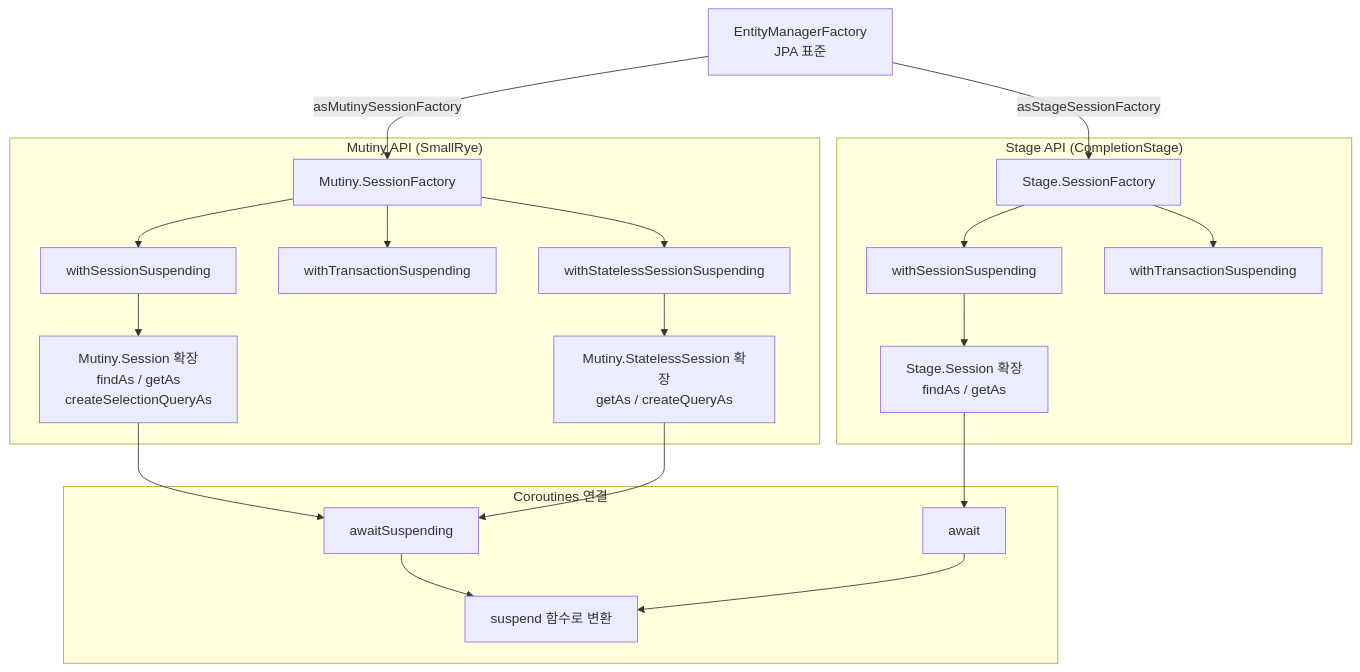
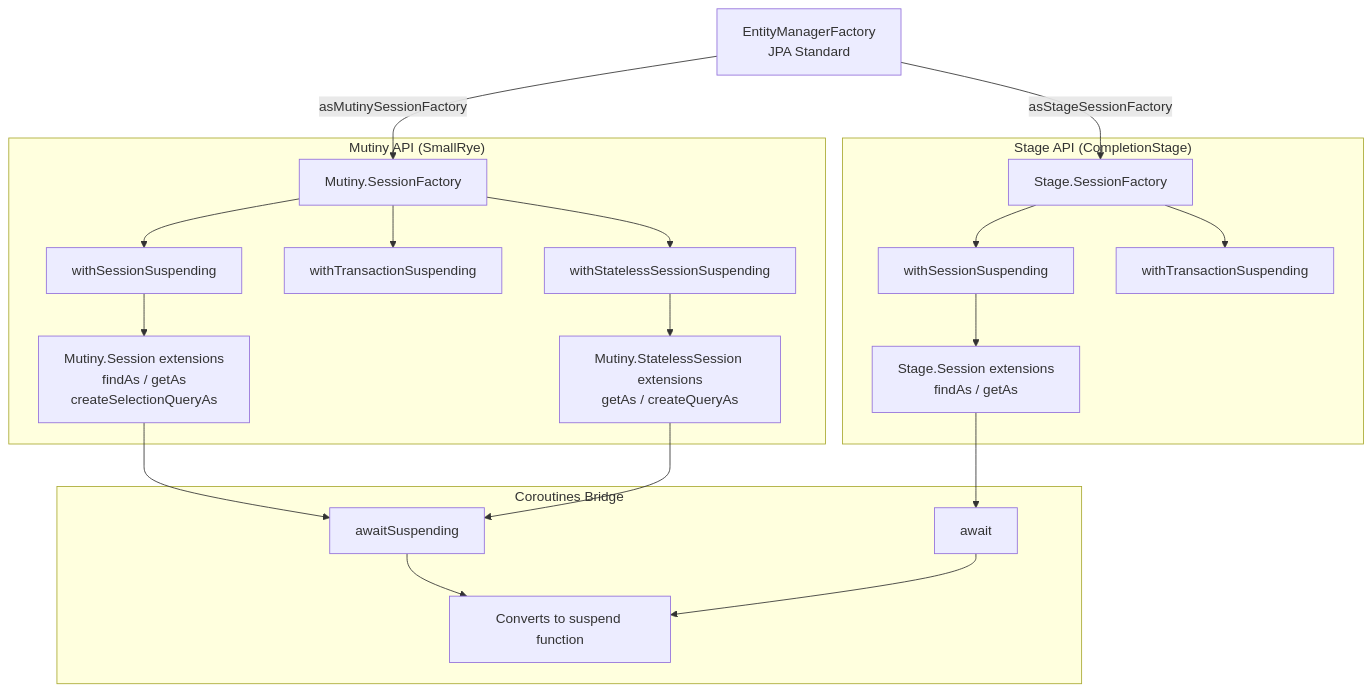
The second of 3 diagrams in data/hibernate-reactive/README.md (bluetape4k/bluetape4k-projects), drawn with Mermaid before and after one commit. The commit also changed other lines of this file and 265 other files, not shown here.

````diff
--- a/data/hibernate-reactive/README.md
+++ b/data/hibernate-reactive/README.md
@@ -96,28 +98,28 @@
 ```mermaid
 flowchart TD
-    A[EntityManagerFactory<br/>JPA 표준] -->|asMutinySessionFactory| B[Mutiny.SessionFactory]
+    A[EntityManagerFactory<br/>JPA Standard] -->|asMutinySessionFactory| B[Mutiny.SessionFactory]
     A -->|asStageSessionFactory| C[Stage.SessionFactory]
 
     subgraph Mutiny_API["Mutiny API (SmallRye)"]
         B --> D[withSessionSuspending]
         B --> E[withTransactionSuspending]
         B --> F[withStatelessSessionSuspending]
-        D --> G[Mutiny.Session 확장<br/>findAs / getAs<br/>createSelectionQueryAs]
-        F --> H[Mutiny.StatelessSession 확장<br/>getAs / createQueryAs]
+        D --> G[Mutiny.Session extensions<br/>findAs / getAs<br/>createSelectionQueryAs]
+        F --> H[Mutiny.StatelessSession extensions<br/>getAs / createQueryAs]
     end
 
     subgraph Stage_API["Stage API (CompletionStage)"]
         C --> I[withSessionSuspending]
         C --> J[withTransactionSuspending]
-        I --> K[Stage.Session 확장<br/>findAs / getAs]
+        I --> K[Stage.Session extensions<br/>findAs / getAs]
     end
 
-    subgraph Coroutines["Coroutines 연결"]
-        L[awaitSuspending] --> M[suspend 함수로 변환]
+    subgraph Coroutines["Coroutines Bridge"]
+        L[awaitSuspending] --> M[Converts to suspend function]
         N[await] --> M
     end
 
     G --> L
     H --> L
     K --> N
 ```
````
